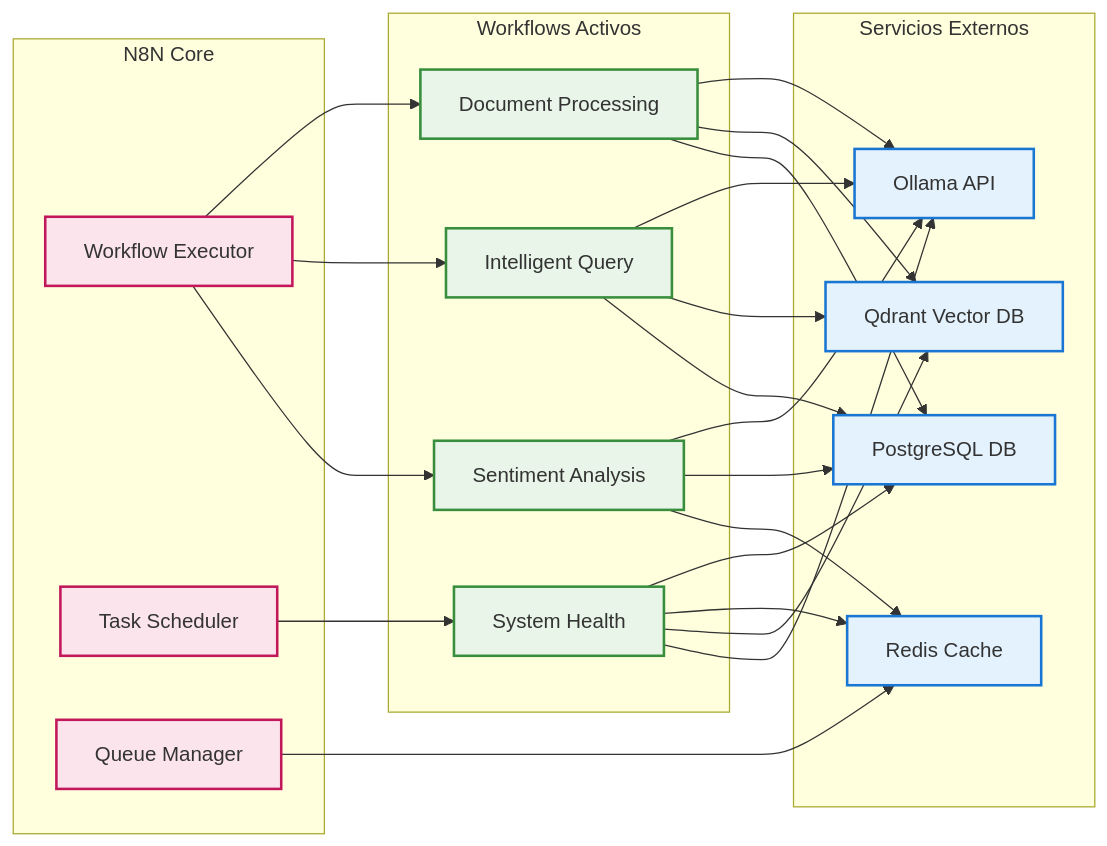
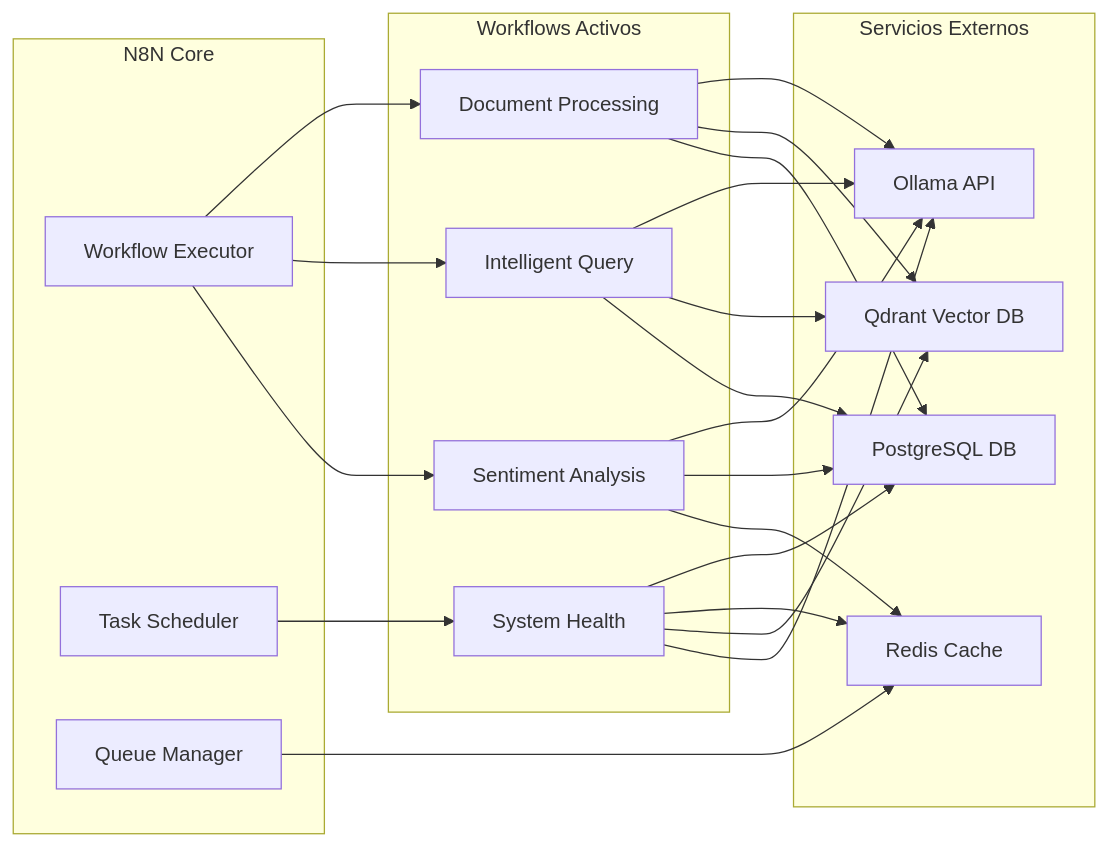
Before and after one commit to EdissonGirald0/laboratorioAI: the fourth of 8 diagrams in README.md, drawn with Mermaid. The commit also changed other lines of this file and 12 other files, not shown here.

````diff
--- a/README.md
+++ b/README.md
@@ -253,54 +245,46 @@
 ```mermaid
 graph LR
-    subgraph N8N_Core [N8N Core]
+    subgraph N8N_Core ["N8N Core"]
         EXECUTOR[Workflow Executor]
         SCHEDULER[Task Scheduler]
         QUEUE[Queue Manager]
     end
     
-    subgraph External_Services [Servicios Externos]
+    subgraph External_Services ["Servicios Externos"]
         OLLAMA[Ollama API]
         POSTGRES[PostgreSQL DB]
         REDIS[Redis Cache]
         QDRANT[Qdrant Vector DB]
     end
     
-    subgraph Workflows [Workflows Activos]
+    subgraph Workflows ["Workflows Activos"]
         WF_DOC[Document Processing]
         WF_QUERY[Intelligent Query]
         WF_SENTIMENT[Sentiment Analysis]
         WF_HEALTH[System Health]
     end
     
     EXECUTOR --> WF_DOC
     EXECUTOR --> WF_QUERY
     EXECUTOR --> WF_SENTIMENT
     SCHEDULER --> WF_HEALTH
     
     WF_DOC --> OLLAMA
     WF_DOC --> QDRANT
     WF_DOC --> POSTGRES
     
     WF_QUERY --> OLLAMA
     WF_QUERY --> QDRANT
     WF_QUERY --> POSTGRES
     
     WF_SENTIMENT --> OLLAMA
     WF_SENTIMENT --> POSTGRES
     WF_SENTIMENT --> REDIS
     
     WF_HEALTH --> POSTGRES
     WF_HEALTH --> REDIS
     WF_HEALTH --> QDRANT
     WF_HEALTH --> OLLAMA
     
     QUEUE --> REDIS
-    
-    classDef n8nClass fill:#fce4ec,stroke:#c2185b,stroke-width:2px
-    classDef serviceClass fill:#e3f2fd,stroke:#1976d2,stroke-width:2px
-    classDef workflowClass fill:#e8f5e8,stroke:#388e3c,stroke-width:2px
-    
-    class EXECUTOR,SCHEDULER,QUEUE n8nClass
-    class OLLAMA,POSTGRES,REDIS,QDRANT serviceClass
-    class WF_DOC,WF_QUERY,WF_SENTIMENT,WF_HEALTH workflowClass
 ```
````
